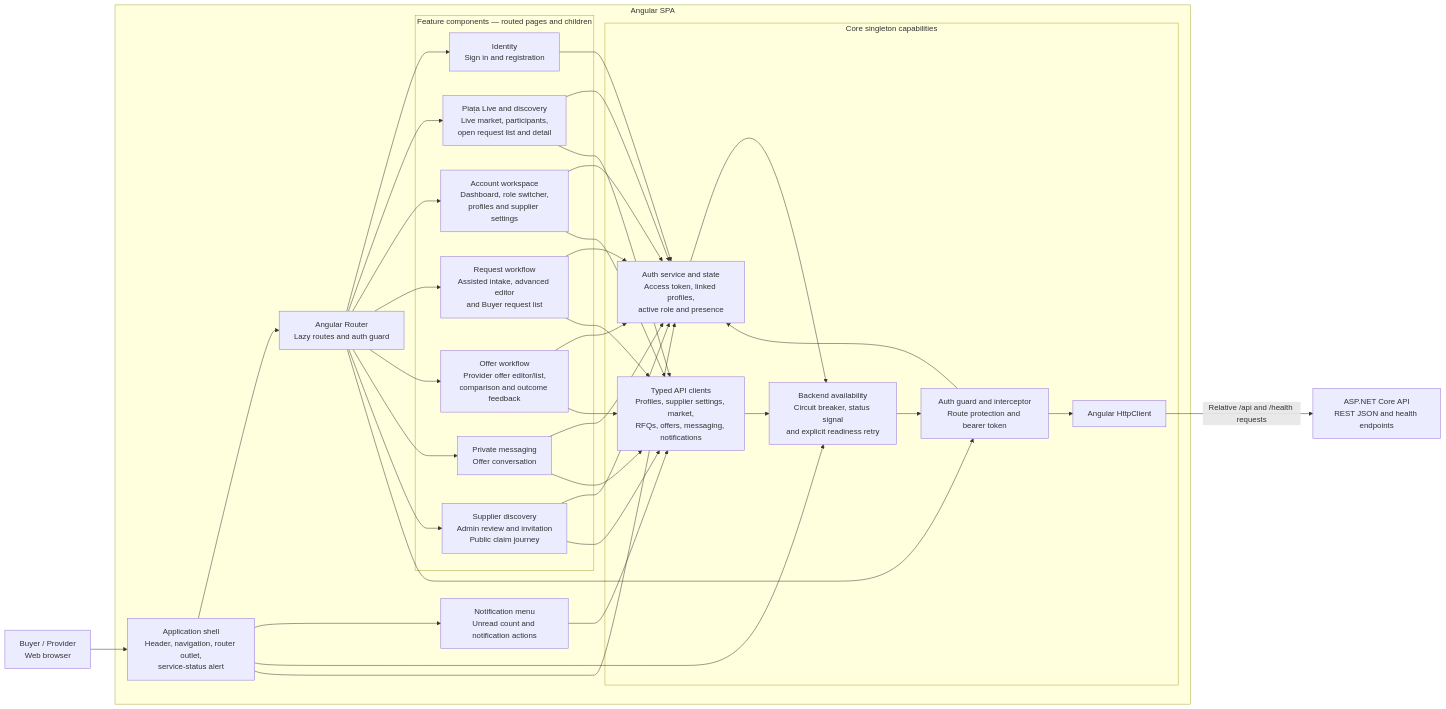
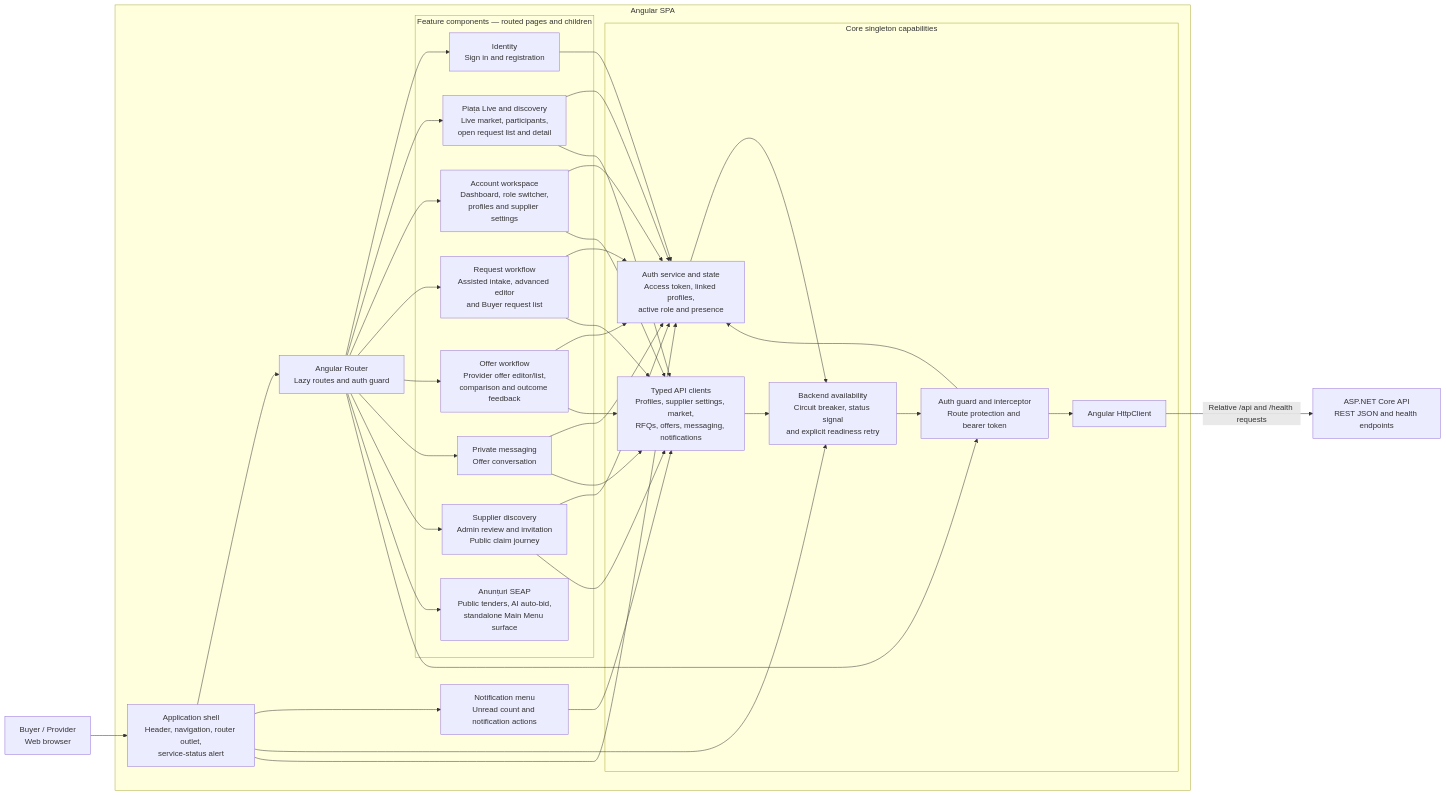
The diagram in docs/architecture/c4-component-frontend.md (john4ani/rfq-marketplace), drawn with Mermaid before and after one commit. The commit also changed other lines of this file and 132 other files, not shown here.

````diff
--- a/docs/architecture/c4-component-frontend.md
+++ b/docs/architecture/c4-component-frontend.md
@@ -12,68 +12,70 @@
 ```mermaid
 flowchart LR
     user["Buyer / Provider<br/>Web browser"]
     api["ASP.NET Core API<br/>REST JSON and health endpoints"]
 
     subgraph Spa["Angular SPA"]
         shell["Application shell<br/>Header, navigation, router outlet,<br/>service-status alert"]
         router["Angular Router<br/>Lazy routes and auth guard"]
 
         subgraph Features["Feature components — routed pages and children"]
             identity["Identity<br/>Sign in and registration"]
             landing["Piața Live and discovery<br/>Live market, participants,<br/>open request list and detail"]
             account["Account workspace<br/>Dashboard, role switcher,<br/>profiles and supplier settings"]
             requests["Request workflow<br/>Assisted intake, advanced editor<br/>and Buyer request list"]
             offers["Offer workflow<br/>Provider offer editor/list,<br/>comparison and outcome feedback"]
             messaging["Private messaging<br/>Offer conversation"]
             supplierDiscovery["Supplier discovery<br/>Admin review and invitation<br/>Public claim journey"]
+            seapTenders["Anunțuri SEAP<br/>Public tenders, AI auto-bid,<br/>standalone Main Menu surface"]
         end
 
         notifications["Notification menu<br/>Unread count and notification actions"]
 
         subgraph Core["Core singleton capabilities"]
             auth["Auth service and state<br/>Access token, linked profiles,<br/>active role and presence"]
             clients["Typed API clients<br/>Profiles, supplier settings, market,<br/>RFQs, offers, messaging, notifications"]
             authPipeline["Auth guard and interceptor<br/>Route protection and bearer token"]
             availability["Backend availability<br/>Circuit breaker, status signal<br/>and explicit readiness retry"]
             http["Angular HttpClient"]
         end
     end
 
     user --> shell
     shell --> router
     shell --> notifications
     shell --> availability
 
     router --> identity
     router --> landing
     router --> account
     router --> requests
     router --> offers
     router --> messaging
     router --> supplierDiscovery
+    router --> seapTenders
     router --> authPipeline
 
     shell --> auth
     identity --> auth
     landing --> auth
     account --> auth
     requests --> auth
     offers --> auth
     messaging --> auth
     supplierDiscovery --> auth
     authPipeline --> auth
 
     landing --> clients
     account --> clients
     requests --> clients
     offers --> clients
     messaging --> clients
     supplierDiscovery --> clients
     notifications --> clients
 
     clients --> availability
     auth --> availability
     availability --> authPipeline
     authPipeline --> http
     http -->|"Relative /api and /health requests"| api
 ```
````
